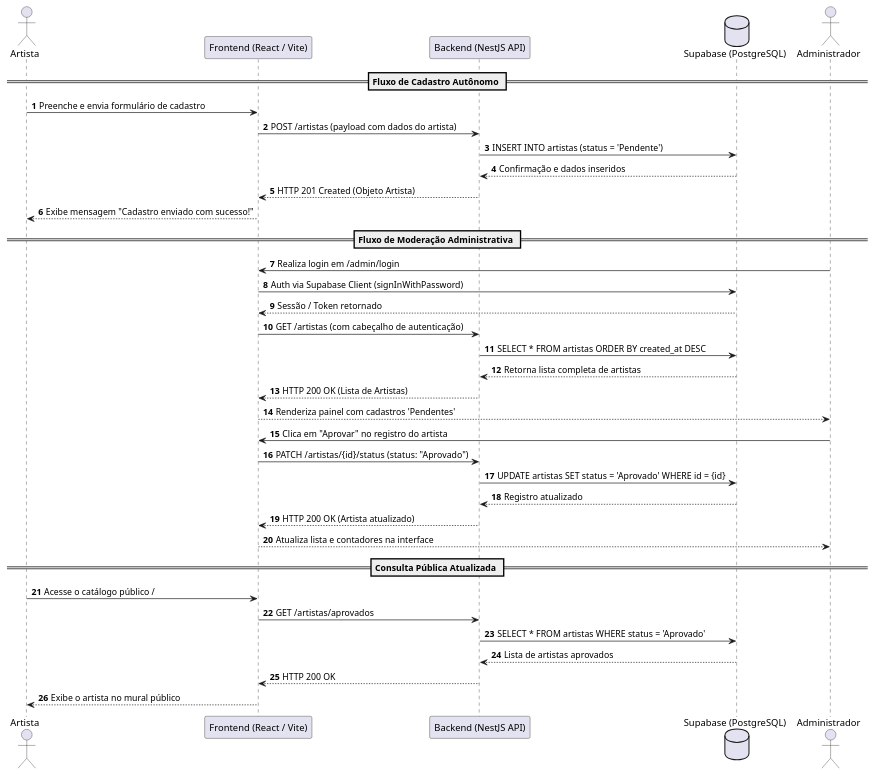
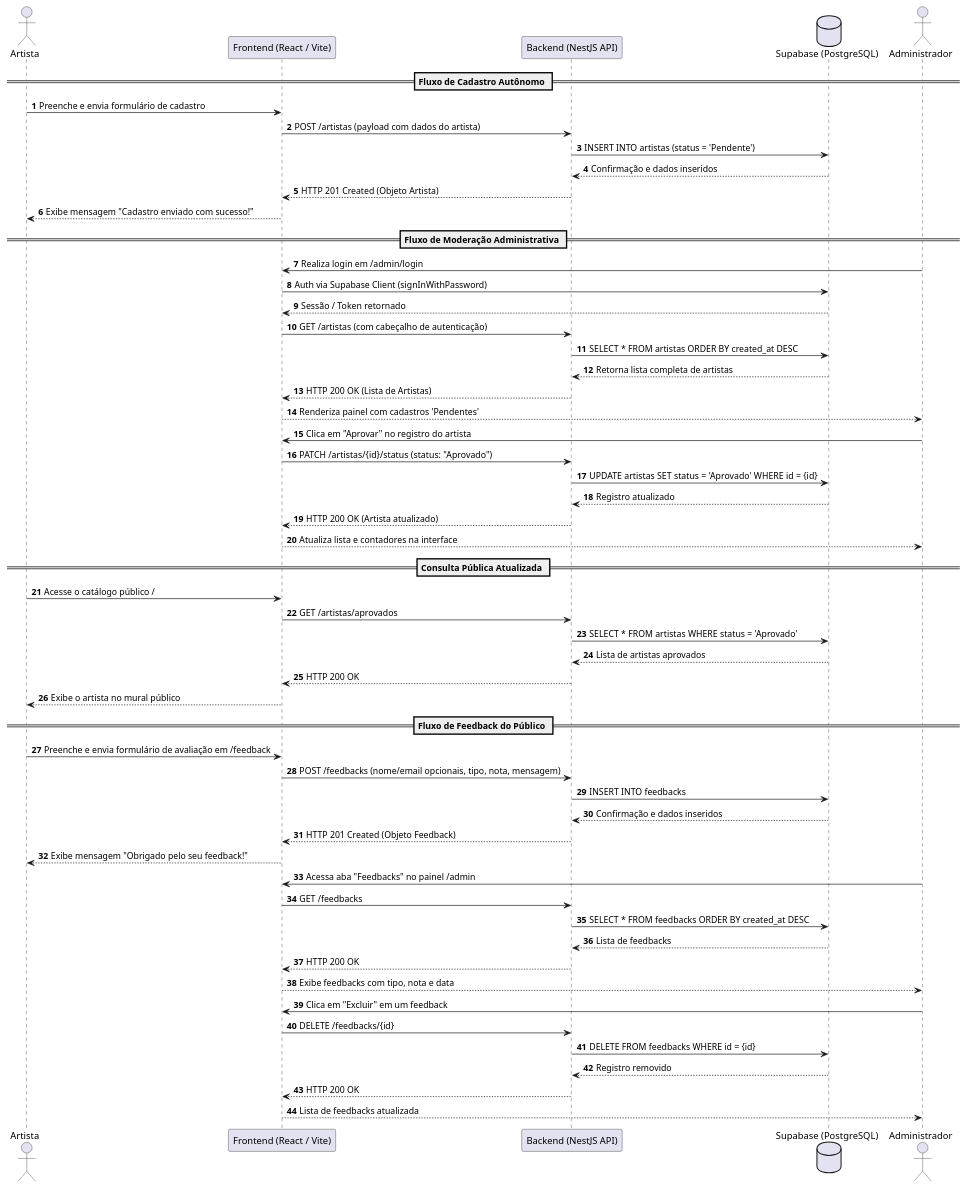
The third of 4 diagrams in DIAGRAMAS_UML.md (heduardowitkoski/cadastroDeArtistas), drawn with PlantUML before and after one commit. The commit also changed other lines of this file and 1 other file, not shown here.

Commit message:
docs: adicionar diagramas Mermaid e atualizar UML com modulo de feedback

````diff
--- a/DIAGRAMAS_UML.md
+++ b/DIAGRAMAS_UML.md
@@ -109,45 +143,67 @@
 ```plantuml
 @startuml Diagrama_de_Sequencia
 autonumber
 skinparam shadowing false
 
 actor "Artista" as Artista
 participant "Frontend (React / Vite)" as Front
 participant "Backend (NestJS API)" as Back
 database "Supabase (PostgreSQL)" as DB
 actor "Administrador" as Admin
 
 == Fluxo de Cadastro Autônomo ==
 Artista -> Front: Preenche e envia formulário de cadastro
 Front -> Back: POST /artistas (payload com dados do artista)
 Back -> DB: INSERT INTO artistas (status = 'Pendente')
 DB --> Back: Confirmação e dados inseridos
 Back --> Front: HTTP 201 Created (Objeto Artista)
 Front --> Artista: Exibe mensagem "Cadastro enviado com sucesso!"
 
 == Fluxo de Moderação Administrativa ==
 Admin -> Front: Realiza login em /admin/login
 Front -> DB: Auth via Supabase Client (signInWithPassword)
 DB --> Front: Sessão / Token retornado
 Front -> Back: GET /artistas (com cabeçalho de autenticação)
 Back -> DB: SELECT * FROM artistas ORDER BY created_at DESC
 DB --> Back: Retorna lista completa de artistas
 Back --> Front: HTTP 200 OK (Lista de Artistas)
 Front --> Admin: Renderiza painel com cadastros 'Pendentes'
 
 Admin -> Front: Clica em "Aprovar" no registro do artista
 Front -> Back: PATCH /artistas/{id}/status (status: "Aprovado")
 Back -> DB: UPDATE artistas SET status = 'Aprovado' WHERE id = {id}
 DB --> Back: Registro atualizado
 Back --> Front: HTTP 200 OK (Artista atualizado)
 Front --> Admin: Atualiza lista e contadores na interface
 
 == Consulta Pública Atualizada ==
 Artista -> Front: Acesse o catálogo público /
 Front -> Back: GET /artistas/aprovados
 Back -> DB: SELECT * FROM artistas WHERE status = 'Aprovado'
 DB --> Back: Lista de artistas aprovados
 Back --> Front: HTTP 200 OK
 Front --> Artista: Exibe o artista no mural público
+
+== Fluxo de Feedback do Público ==
+Artista -> Front: Preenche e envia formulário de avaliação em /feedback
+Front -> Back: POST /feedbacks (nome/email opcionais, tipo, nota, mensagem)
+Back -> DB: INSERT INTO feedbacks
+DB --> Back: Confirmação e dados inseridos
+Back --> Front: HTTP 201 Created (Objeto Feedback)
+Front --> Artista: Exibe mensagem "Obrigado pelo seu feedback!"
+
+Admin -> Front: Acessa aba "Feedbacks" no painel /admin
+Front -> Back: GET /feedbacks
+Back -> DB: SELECT * FROM feedbacks ORDER BY created_at DESC
+DB --> Back: Lista de feedbacks
+Back --> Front: HTTP 200 OK
+Front --> Admin: Exibe feedbacks com tipo, nota e data
+
+Admin -> Front: Clica em "Excluir" em um feedback
+Front -> Back: DELETE /feedbacks/{id}
+Back -> DB: DELETE FROM feedbacks WHERE id = {id}
+DB --> Back: Registro removido
+Back --> Front: HTTP 200 OK
+Front --> Admin: Lista de feedbacks atualizada
 @enduml
 ```
````
